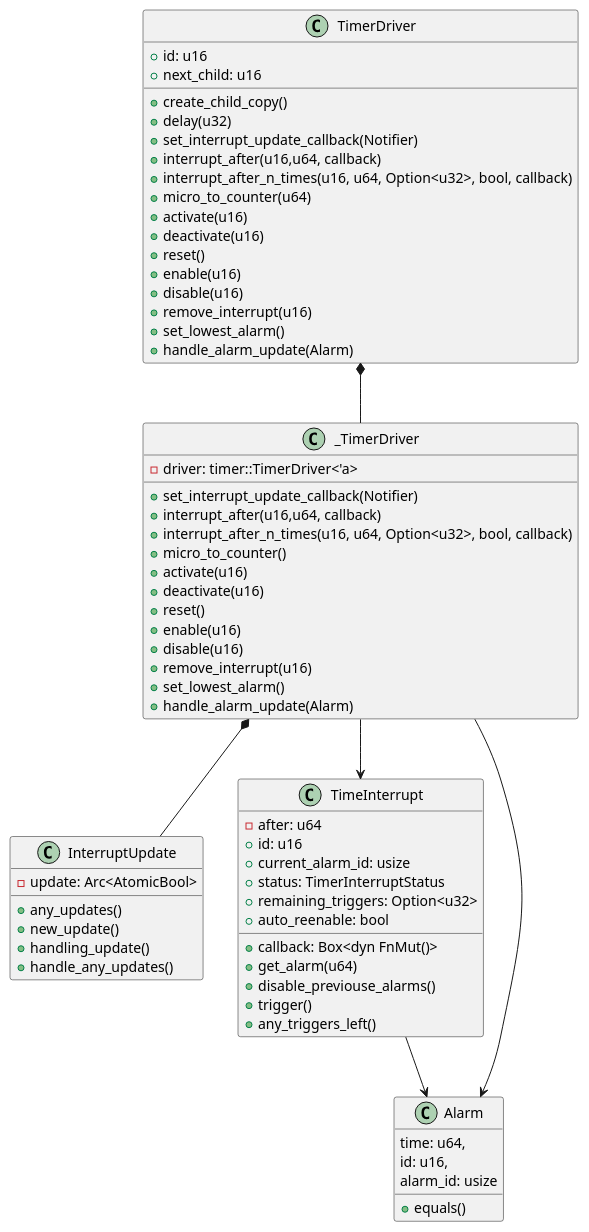
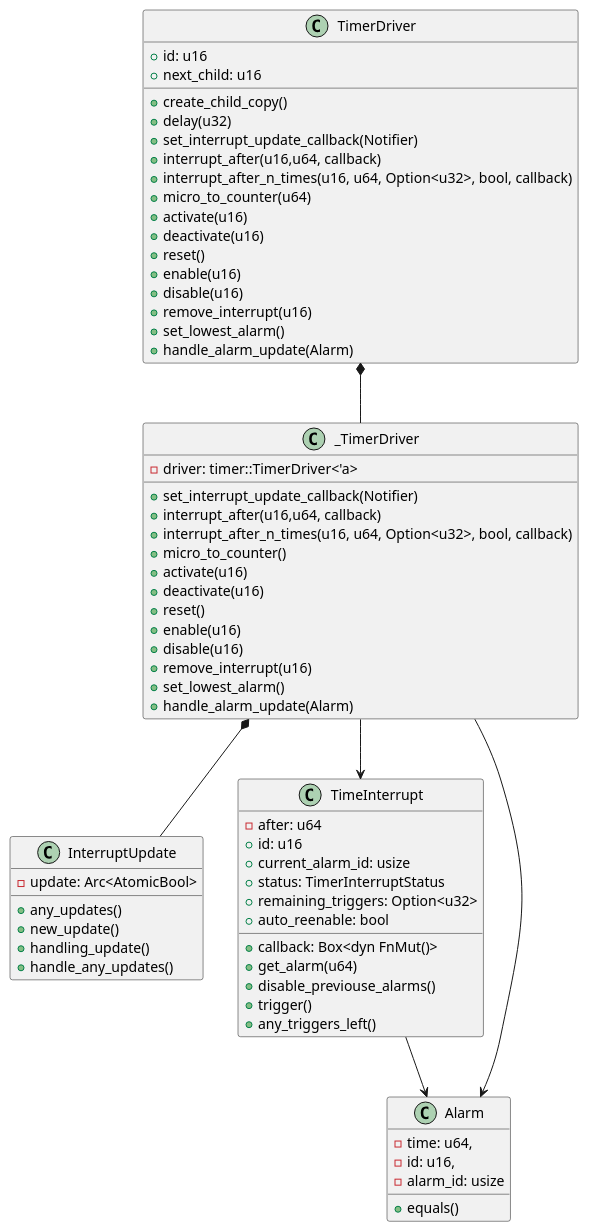
One commit to esp32framework/esp32framework changed the diagram in diagrams/timer-driver.puml. Above: the diagram before and after it, drawn with PlantUML. The commit also changed 6 other files, not shown here.

```diff
--- a/diagrams/timer-driver.puml
+++ b/diagrams/timer-driver.puml
@@ -1,74 +1,74 @@
 @startuml Timer Driver
 
 class TimerDriver{
     +id: u16
     +next_child: u16
     +create_child_copy()
     +delay(u32)
     +set_interrupt_update_callback(Notifier)
     +interrupt_after(u16,u64, callback)
     +interrupt_after_n_times(u16, u64, Option<u32>, bool, callback)
     +micro_to_counter(u64)
     +activate(u16)
     +deactivate(u16)
     +reset()
     +enable(u16)
     +disable(u16)
     +remove_interrupt(u16)
     +set_lowest_alarm()
     +handle_alarm_update(Alarm)
 }
 
 class _TimerDriver{
     -driver: timer::TimerDriver<'a>
     +set_interrupt_update_callback(Notifier)
     +interrupt_after(u16,u64, callback)
     +interrupt_after_n_times(u16, u64, Option<u32>, bool, callback)
     +micro_to_counter()
     +activate(u16)
     +deactivate(u16)
     +reset()
     +enable(u16)
     +disable(u16)
     +remove_interrupt(u16)
     +set_lowest_alarm()
     +handle_alarm_update(Alarm)
 }
 
 class InterruptUpdate{
     -update: Arc<AtomicBool>
     +any_updates()
     +new_update()
     +handling_update()
     +handle_any_updates()
 }
 
 class TimeInterrupt{
     -after: u64
     +id: u16
     +current_alarm_id: usize
     +status: TimerInterruptStatus
     +remaining_triggers: Option<u32>
     +auto_reenable: bool
     +callback: Box<dyn FnMut()>
     +get_alarm(u64)
     +disable_previouse_alarms()
     +trigger()
     +any_triggers_left()
 }
 
 class Alarm{
-    time: u64,
-    id: u16,
-    alarm_id: usize
+    -time: u64,
+    -id: u16,
+    -alarm_id: usize
     +equals()
 }
 
 TimerDriver *-- _TimerDriver
 _TimerDriver *-- InterruptUpdate
 _TimerDriver --> TimeInterrupt
 _TimerDriver --> Alarm
 TimeInterrupt --> Alarm
 
 
 @enduml
```
